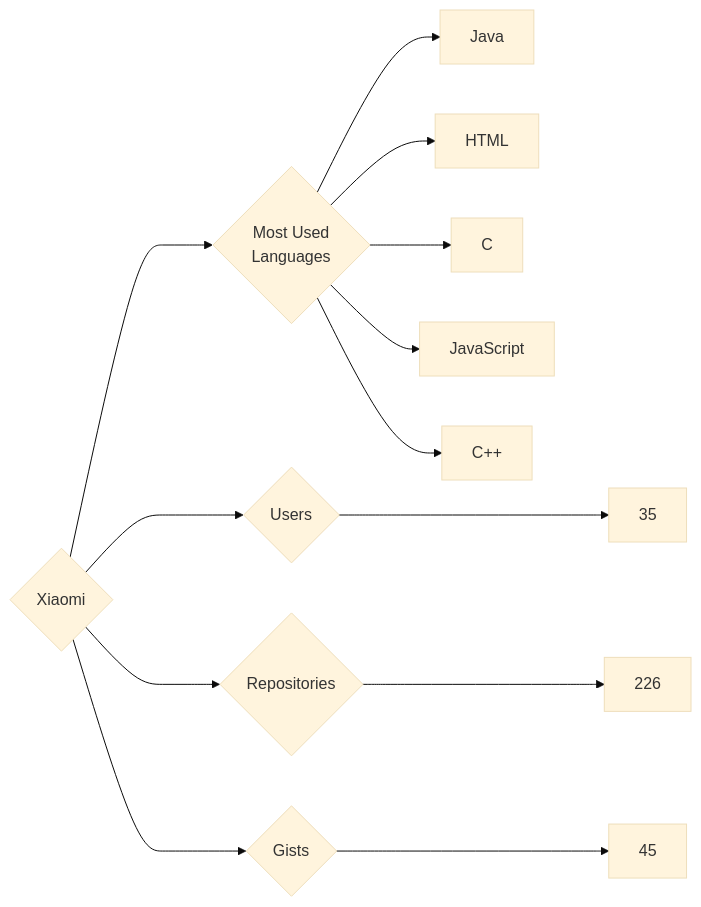
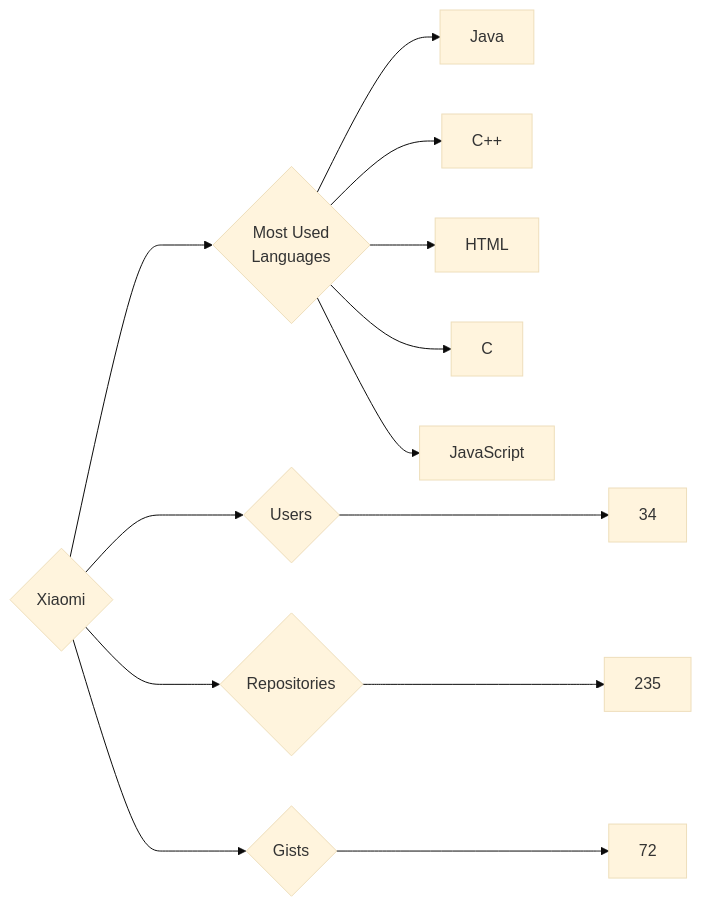
The diagram in targets/Xiaomi/README.md (trickest/insiders), drawn with Mermaid (base theme) before and after one commit. The commit also changed 839 other files, not shown here.

````diff
--- a/targets/Xiaomi/README.md
+++ b/targets/Xiaomi/README.md
@@ -3,13 +3,13 @@
 ```mermaid
 graph LR
 COMPANY_NAME{Xiaomi}
-COMPANY_NAME ---> U{Users} ---> UN[35]
-COMPANY_NAME ---> R{Repositories} ---> RN[226]
-COMPANY_NAME ---> G{Gists} ---> GN[45]
+COMPANY_NAME ---> U{Users} ---> UN[34]
+COMPANY_NAME ---> R{Repositories} ---> RN[235]
+COMPANY_NAME ---> G{Gists} ---> GN[72]
 COMPANY_NAME ---> ML{Most Used<br>Languages}
 ML --> Java[Java]
+ML --> C++[C++]
 ML --> HTML[HTML]
 ML --> C[C]
 ML --> JavaScript[JavaScript]
-ML --> C++[C++]
 ```
````
